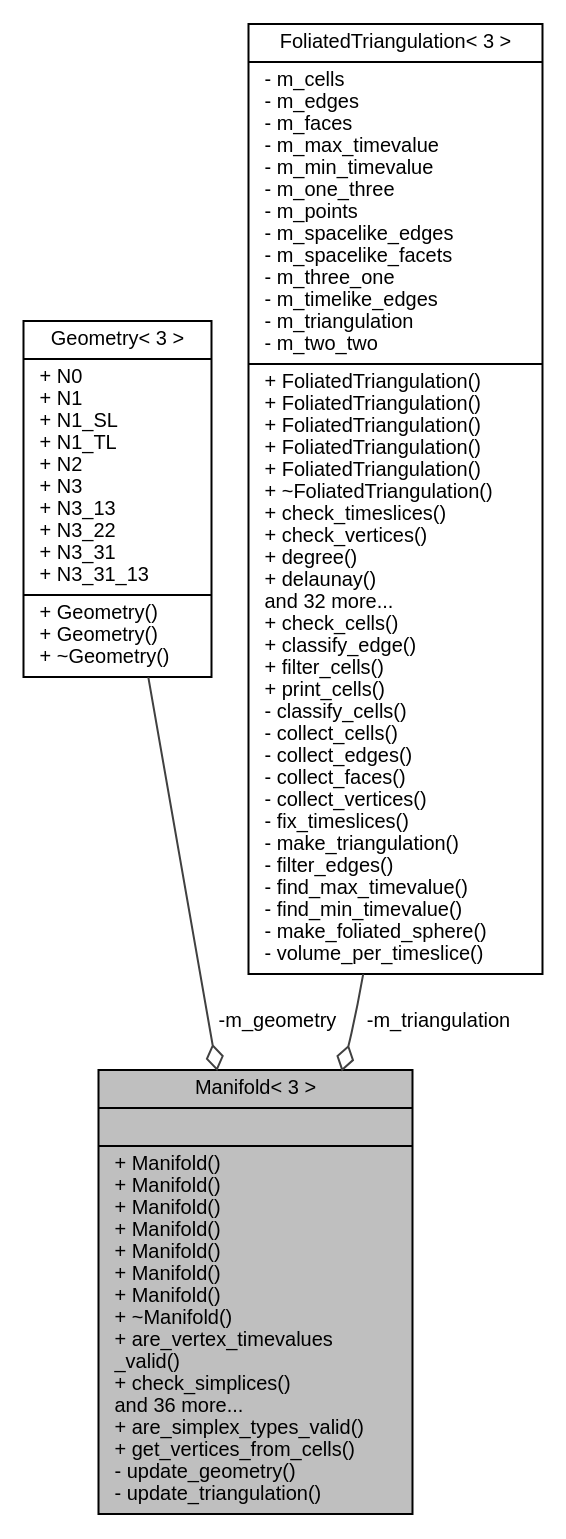
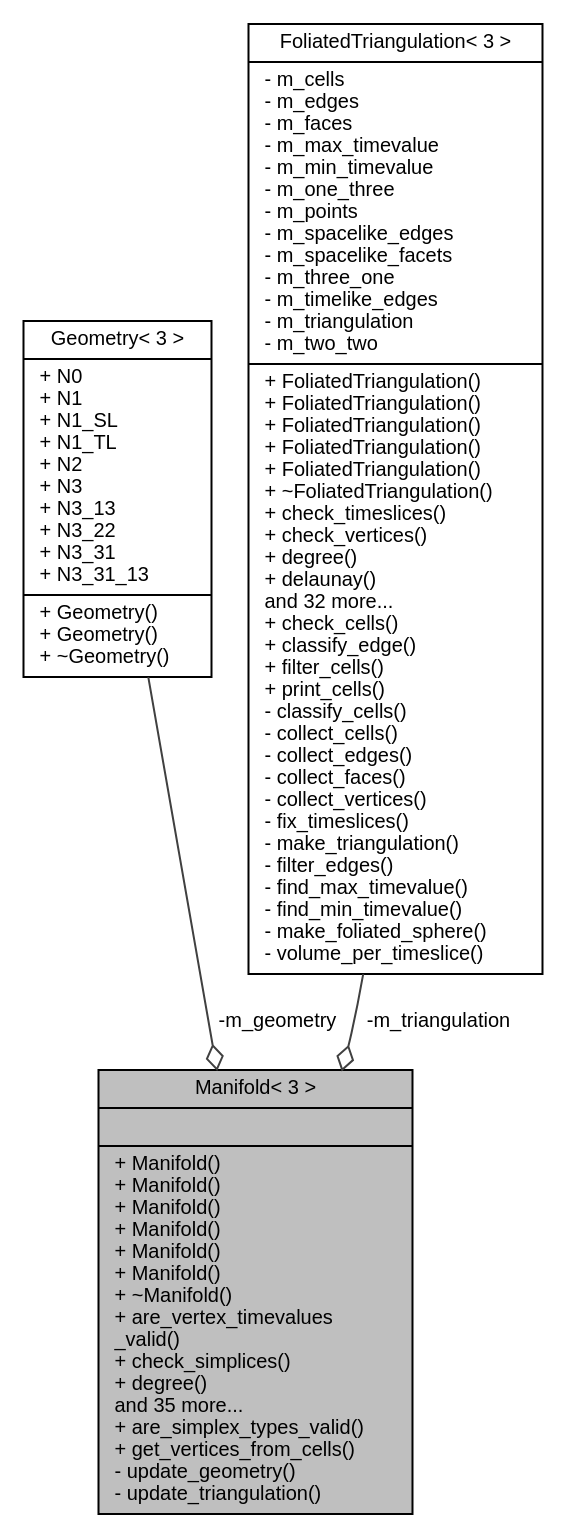
One commit to acgetchell/CDT-plusplus changed the diagram in class_manifold_3_013_01_4__coll__graph.dot. Above: the diagram before and after it, drawn with Graphviz. The commit also changed 177 other files, not shown here.

```diff
--- a/class_manifold_3_013_01_4__coll__graph.dot
+++ b/class_manifold_3_013_01_4__coll__graph.dot
@@ -1,11 +1,11 @@
 digraph "Manifold&lt; 3 &gt;"
 {
  // LATEX_PDF_SIZE
   edge [fontname="Helvetica",fontsize="10",labelfontname="Helvetica",labelfontsize="10"];
   node [fontname="Helvetica",fontsize="10",shape=record];
-  Node1 [label="{Manifold\< 3 \>\n||+ Manifold()\l+ Manifold()\l+ Manifold()\l+ Manifold()\l+ Manifold()\l+ Manifold()\l+ Manifold()\l+ ~Manifold()\l+ are_vertex_timevalues\l_valid()\l+ check_simplices()\land 36 more...\l+ are_simplex_types_valid()\l+ get_vertices_from_cells()\l- update_geometry()\l- update_triangulation()\l}",height=0.2,width=0.4,color="black", fillcolor="grey75", style="filled", fontcolor="black",tooltip="3D Manifold"];
+  Node1 [label="{Manifold\< 3 \>\n||+ Manifold()\l+ Manifold()\l+ Manifold()\l+ Manifold()\l+ Manifold()\l+ Manifold()\l+ ~Manifold()\l+ are_vertex_timevalues\l_valid()\l+ check_simplices()\l+ degree()\land 35 more...\l+ are_simplex_types_valid()\l+ get_vertices_from_cells()\l- update_geometry()\l- update_triangulation()\l}",height=0.2,width=0.4,color="black", fillcolor="grey75", style="filled", fontcolor="black",tooltip="3D Manifold"];
   Node2 -> Node1 [color="grey25",fontsize="10",style="solid",label=" -m_geometry" ,arrowhead="odiamond",fontname="Helvetica"];
   Node2 [label="{Geometry\< 3 \>\n|+ N0\l+ N1\l+ N1_SL\l+ N1_TL\l+ N2\l+ N3\l+ N3_13\l+ N3_22\l+ N3_31\l+ N3_31_13\l|+ Geometry()\l+ Geometry()\l+ ~Geometry()\l}",height=0.2,width=0.4,color="black", fillcolor="white", style="filled",URL="$struct_geometry_3_013_01_4.html",tooltip="3D Geometry"];
   Node3 -> Node1 [color="grey25",fontsize="10",style="solid",label=" -m_triangulation" ,arrowhead="odiamond",fontname="Helvetica"];
   Node3 [label="{FoliatedTriangulation\< 3 \>\n|- m_cells\l- m_edges\l- m_faces\l- m_max_timevalue\l- m_min_timevalue\l- m_one_three\l- m_points\l- m_spacelike_edges\l- m_spacelike_facets\l- m_three_one\l- m_timelike_edges\l- m_triangulation\l- m_two_two\l|+ FoliatedTriangulation()\l+ FoliatedTriangulation()\l+ FoliatedTriangulation()\l+ FoliatedTriangulation()\l+ FoliatedTriangulation()\l+ ~FoliatedTriangulation()\l+ check_timeslices()\l+ check_vertices()\l+ degree()\l+ delaunay()\land 32 more...\l+ check_cells()\l+ classify_edge()\l+ filter_cells()\l+ print_cells()\l- classify_cells()\l- collect_cells()\l- collect_edges()\l- collect_faces()\l- collect_vertices()\l- fix_timeslices()\l- make_triangulation()\l- filter_edges()\l- find_max_timevalue()\l- find_min_timevalue()\l- make_foliated_sphere()\l- volume_per_timeslice()\l}",height=0.2,width=0.4,color="black", fillcolor="white", style="filled",URL="$class_foliated_triangulation_3_013_01_4.html",tooltip="3D Triangulation"];
 }
```
